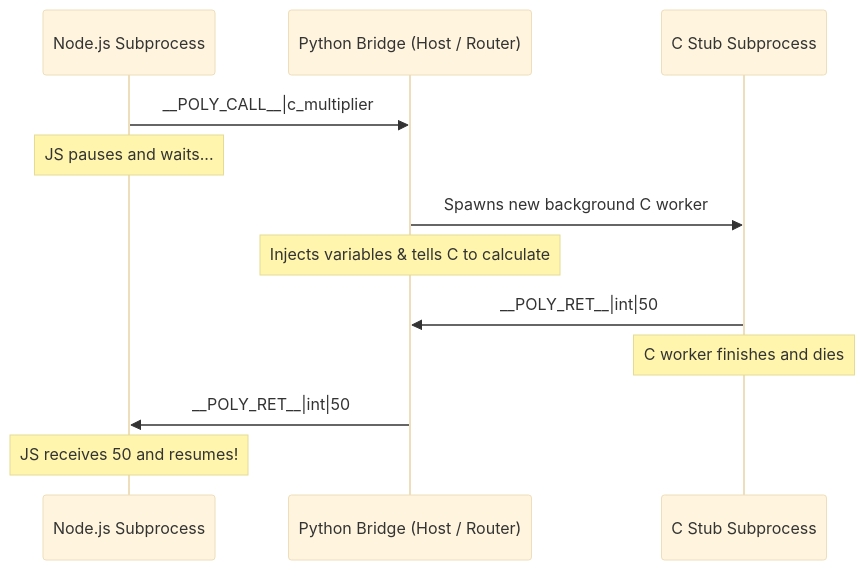
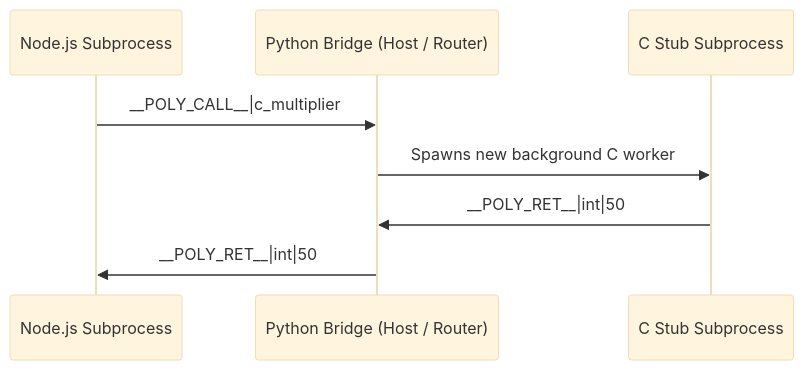
One commit to gSIREESH24/PNI changed the fourth of 5 diagrams in docs/ARCHITECTURE.md. Above: the diagram before and after it, drawn with Mermaid (base theme). The commit also changed other lines of this file and 57 other files, not shown here.

````diff
--- a/docs/ARCHITECTURE.md
+++ b/docs/ARCHITECTURE.md
@@ -127,18 +123,14 @@
 ```mermaid
 sequenceDiagram
     participant JS as Node.js Subprocess
     participant Py as Python Bridge (Host / Router)
     participant C as C Stub Subprocess
 
     JS->>Py: __POLY_CALL__|c_multiplier
-    Note over JS: JS pauses and waits...
     
     Py->>C: Spawns new background C worker
-    Note over Py: Injects variables & tells C to calculate
     
     C->>Py: __POLY_RET__|int|50
-    Note over C: C worker finishes and dies
     
     Py->>JS: __POLY_RET__|int|50
-    Note over JS: JS receives 50 and resumes!
 ```
````
